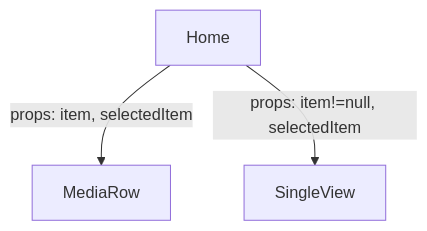
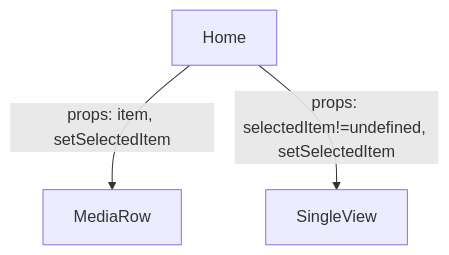
Before and after one commit to ilkkamtk/hybridisovellukset: the diagram in Week3/02-react-state.md, drawn with Mermaid. The commit also changed other lines of this file, not shown here.

````diff
--- a/Week3/02-react-state.md
+++ b/Week3/02-react-state.md
@@ -85,5 +87,5 @@
 ```mermaid
 graph TD;
-    Home-->|props: item, selectedItem|MediaRow;
-    Home-->|props: item!=null, selectedItem|SingleView;
+    Home-->|props: item, setSelectedItem|MediaRow;
+    Home-->|props: selectedItem!=undefined, setSelectedItem|SingleView;
 ```
````
